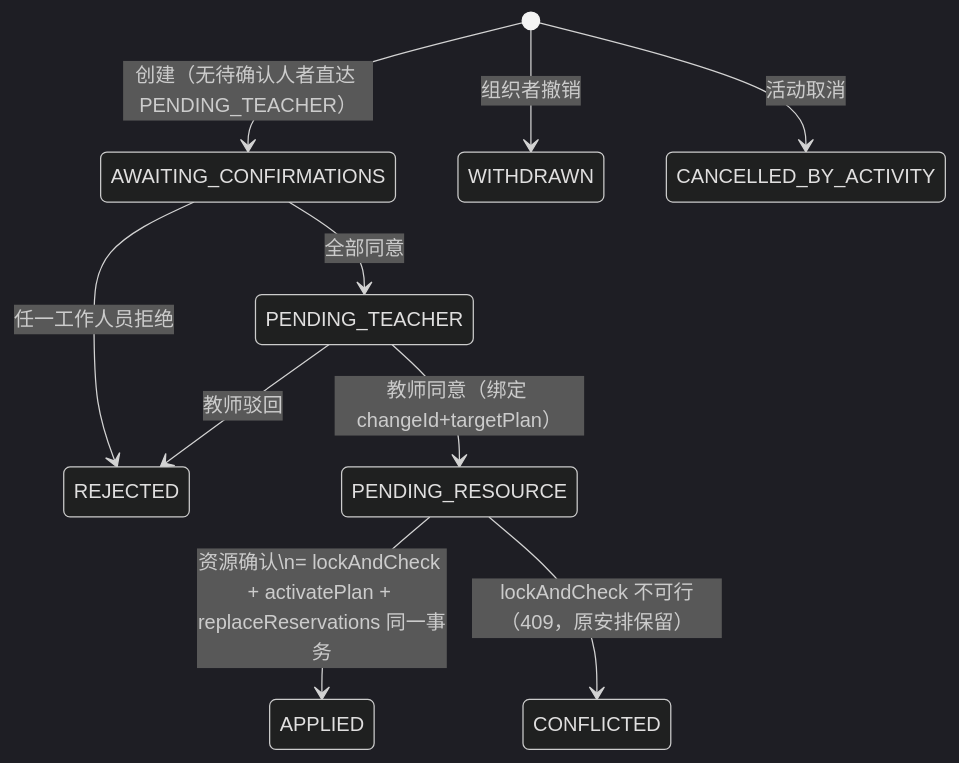
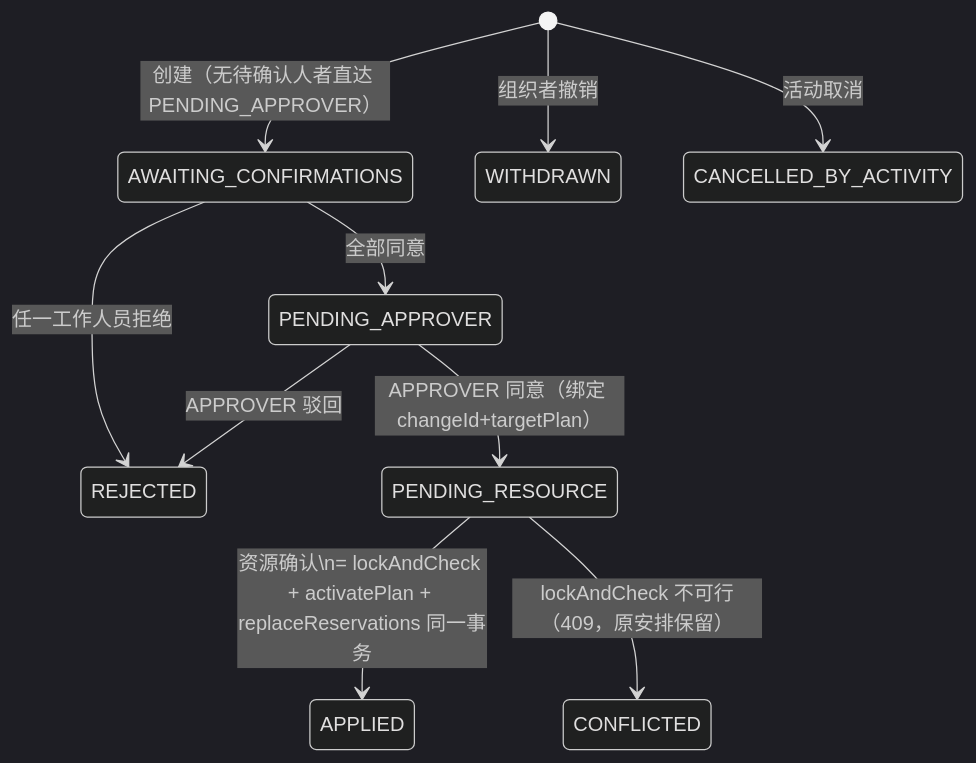
Before and after one commit to Rito-492/campus-sched: the fourth of 5 diagrams in docs/design/system-design.md, drawn with Mermaid (dark theme). The commit also changed other lines of this file and 5 other files, not shown here.

Commit message:
feat: DS-01 V1 schema 升级 v3.0——22表(身份/授权/资格) + 20项烟测通过 + SchemaIT/文档同步

````diff
--- a/docs/design/system-design.md
+++ b/docs/design/system-design.md
@@ -82,12 +82,12 @@
 ```mermaid
 stateDiagram-v2
-    [*] --> AWAITING_CONFIRMATIONS: 创建（无待确认人者直达 PENDING_TEACHER）
+    [*] --> AWAITING_CONFIRMATIONS: 创建（无待确认人者直达 PENDING_APPROVER）
     AWAITING_CONFIRMATIONS --> REJECTED: 任一工作人员拒绝
-    AWAITING_CONFIRMATIONS --> PENDING_TEACHER: 全部同意
-    PENDING_TEACHER --> PENDING_RESOURCE: 教师同意（绑定 changeId+targetPlan）
-    PENDING_TEACHER --> REJECTED: 教师驳回
+    AWAITING_CONFIRMATIONS --> PENDING_APPROVER: 全部同意
+    PENDING_APPROVER --> PENDING_RESOURCE: APPROVER 同意（绑定 changeId+targetPlan）
+    PENDING_APPROVER --> REJECTED: APPROVER 驳回
     PENDING_RESOURCE --> APPLIED: 资源确认\n= lockAndCheck + activatePlan + replaceReservations 同一事务
     PENDING_RESOURCE --> CONFLICTED: lockAndCheck 不可行（409，原安排保留）
     [*] --> WITHDRAWN: 组织者撤销
     [*] --> CANCELLED_BY_ACTIVITY: 活动取消
 ```
````
